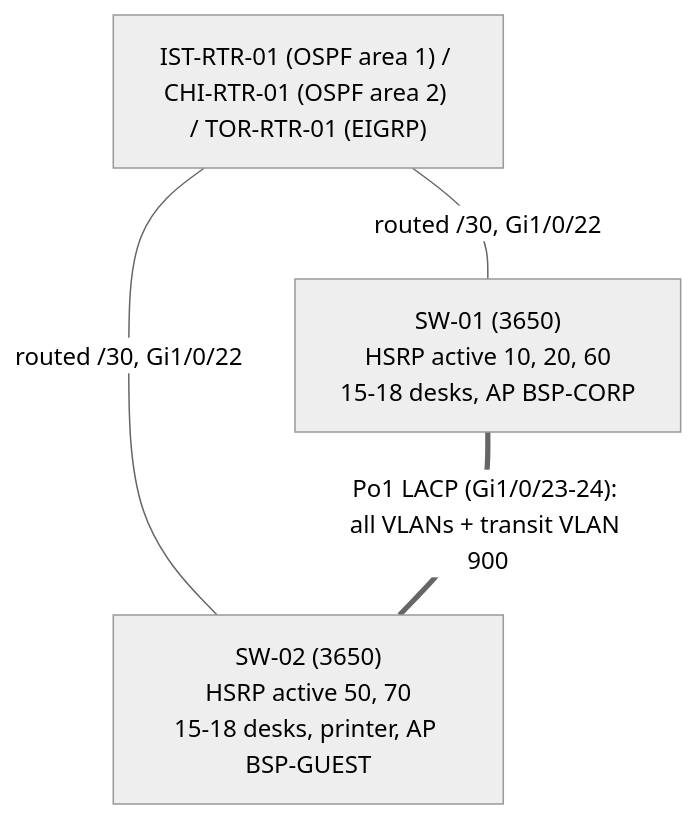
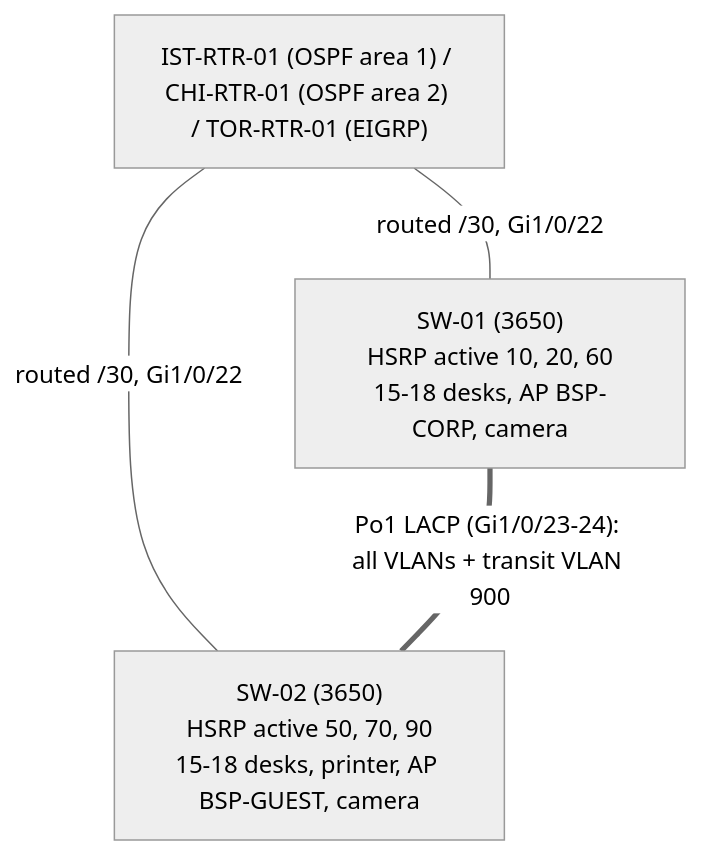
One commit to atahan99/bosphorus-enterprise-net changed the third of 9 diagrams in diagrams/README.md. Above: the diagram before and after it, drawn with Mermaid (neutral theme). The commit also changed other lines of this file and 55 other files, not shown here.

````diff
--- a/diagrams/README.md
+++ b/diagrams/README.md
@@ -58,9 +61,9 @@
 ```mermaid
 flowchart TB
   UP["IST-RTR-01 (OSPF area 1) / CHI-RTR-01 (OSPF area 2) / TOR-RTR-01 (EIGRP)"]
-  S1["SW-01 (3650)<br/>HSRP active 10, 20, 60<br/>15-18 desks, AP BSP-CORP"]
-  S2["SW-02 (3650)<br/>HSRP active 50, 70<br/>15-18 desks, printer, AP BSP-GUEST"]
+  S1["SW-01 (3650)<br/>HSRP active 10, 20, 60<br/>15-18 desks, AP BSP-CORP, camera"]
+  S2["SW-02 (3650)<br/>HSRP active 50, 70, 90<br/>15-18 desks, printer, AP BSP-GUEST, camera"]
   UP -- "routed /30, Gi1/0/22" --- S1
   UP -- "routed /30, Gi1/0/22" --- S2
   S1 == "Po1 LACP (Gi1/0/23-24): all VLANs + transit VLAN 900" === S2
 ```
````
